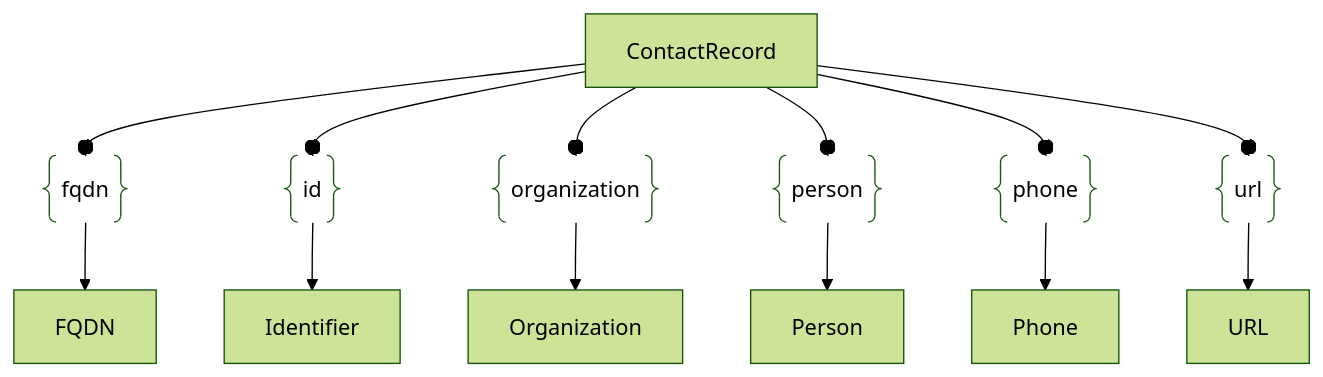
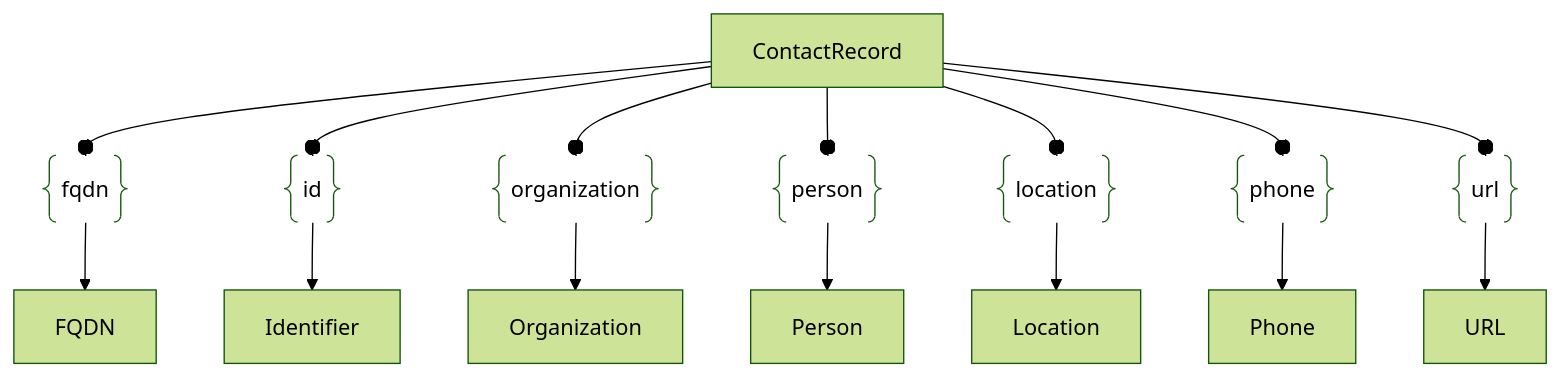
Before and after one commit to owasp-amass/docs: the diagram in docs/open_asset_model/assets/contact_record.md, drawn with Mermaid (forest theme). The commit also changed other lines of this file and 2 other files, not shown here.

Commit message:
docs(oam): add the relations missing from three asset pages
Three asset pages omitted outgoing relations the data model defines
(open-asset-model @ 17bcb84), so their diagrams and tables were incomplete:

- ContactRecord: add `location` -> Location.
- Netblock: add `provider` -> Organization (its cloud or hosting provider).
- Service: add the six security.txt relations — `security_contact` ->
  ContactRecord and `security_policy` / `security_canonical` /
  `security_encryption` / `security_acknowledgments` / `security_hiring` ->
  URL.

Each is added to both the Mermaid diagram and the relations table, matching
the existing format. All relative links resolve and `mkdocs build --strict`
passes.

````diff
--- a/docs/open_asset_model/assets/contact_record.md
+++ b/docs/open_asset_model/assets/contact_record.md
@@ -30,34 +30,39 @@
 ```mermaid
 graph TD
 contact["ContactRecord"]
 fqdn["FQDN"]
 
 simple1@{ shape: braces, label: "fqdn"}
 contact --o simple1
 simple1 --> fqdn
 
 id["Identifier"]
 simple2@{ shape: braces, label: "id"}
 contact --o simple2
 simple2 --> id
 
 org["Organization"]
 simple3@{ shape: braces, label: "organization"}
 contact --o simple3
 simple3 --> org
 
 person["Person"]
 simple4@{ shape: braces, label: "person"}
 contact --o simple4
 simple4 --> person
 
+loc["Location"]
+simple7@{ shape: braces, label: "location"}
+contact --o simple7
+simple7 --> loc
+
 phone["Phone"]
 simple5@{ shape: braces, label: "phone"}
 contact --o simple5
 simple5 --> phone
 
 url["URL"]
 simple6@{ shape: braces, label: "url"}
 contact --o simple6
 simple6 --> url
 ```
````
